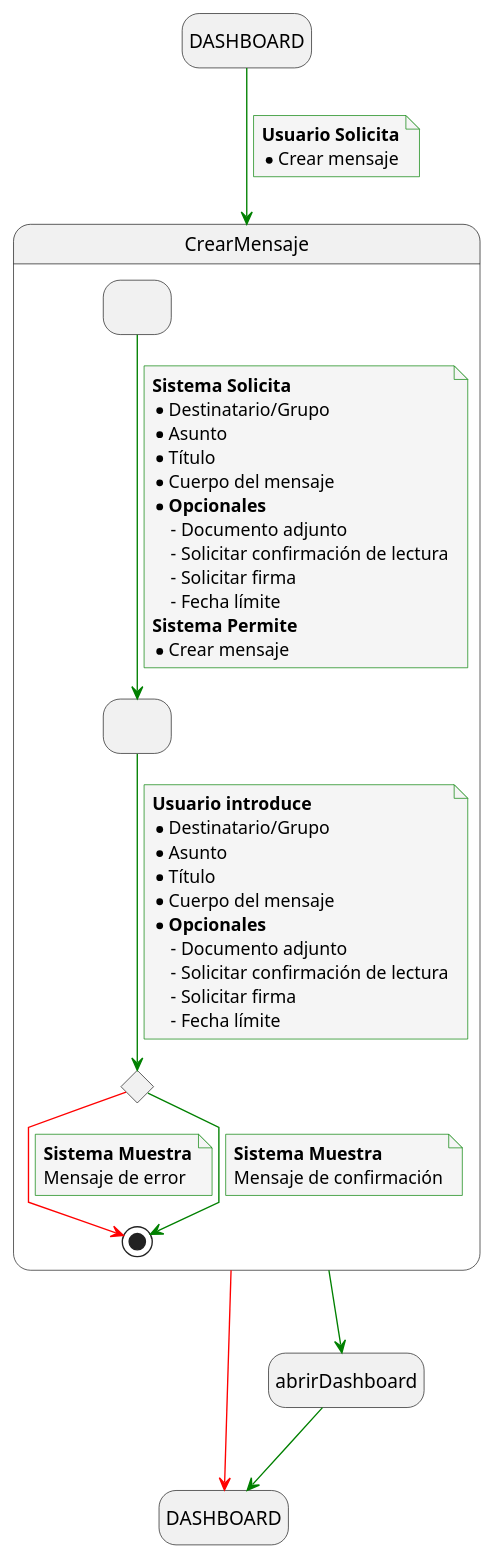
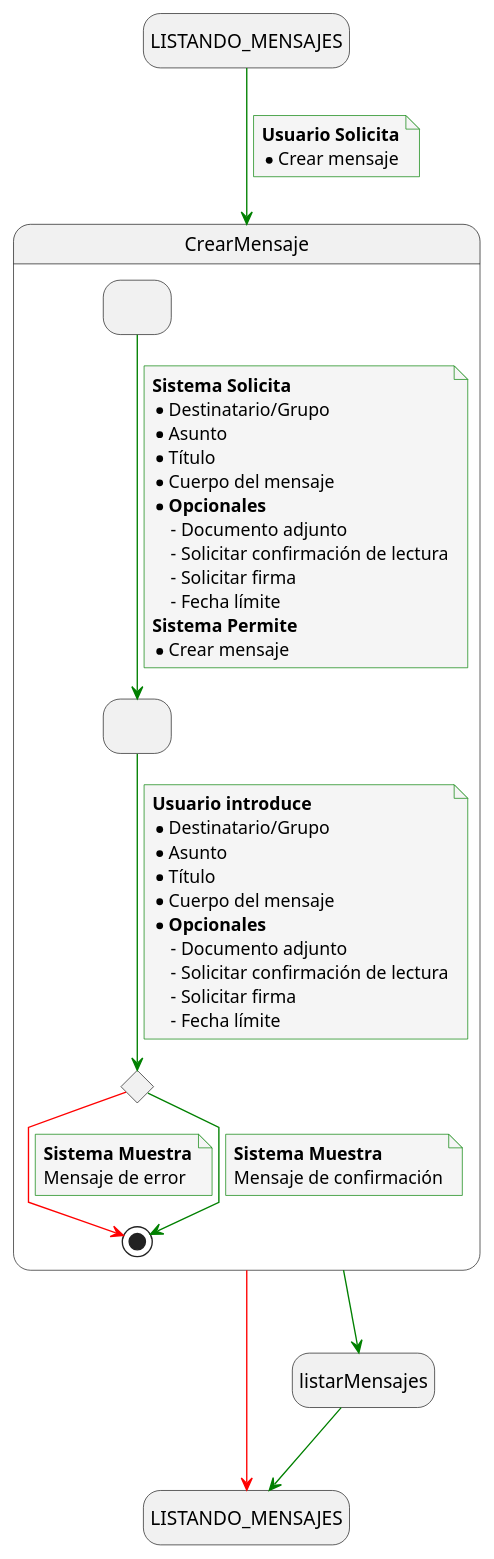
The diagram in docs/casosDeUso/detalladoCasosDeUso/detalladoEnvioMensajes/detalladoCreacionMensaje.puml (mmasias/24-25-IdSw1-SDR), drawn with PlantUML before and after one commit. The commit also changed 13 other files, not shown here.

Commit message:
FIX/ actualizar estados iniciales y finales en diagramas de casos de uso

```diff
--- a/docs/casosDeUso/detalladoCasosDeUso/detalladoEnvioMensajes/detalladoCreacionMensaje.puml
+++ b/docs/casosDeUso/detalladoCasosDeUso/detalladoEnvioMensajes/detalladoCreacionMensaje.puml
@@ -1,73 +1,73 @@
 @startuml crear_mensaje
 
 skinparam {
   NoteBackgroundColor #whiteSmoke
   ArrowColor #green
   NoteBorderColor #green
   linetype polyline
 }
 
 hide empty description
 
-state startState as "DASHBOARD"
-state endState as "DASHBOARD"
+state startState as "LISTANDO_MENSAJES"
+state endState as "LISTANDO_MENSAJES"
 
 startState --> CrearMensaje
 note on link
     <b>Usuario Solicita</b>
     * Crear mensaje
 end note
 
-CrearMensaje --> abrirDashboard
-abrirDashboard --> endState
+CrearMensaje --> listarMensajes
+listarMensajes--> endState
 CrearMensaje -[#red]-> endState
 
 state CrearMensaje{
     state solicitudFiltros as " "
     state envioFiltros as " "
     state revisionFiltrosEnviados <<choice>>
 
     solicitudFiltros --> envioFiltros
     note on link
         <b>Sistema Solicita</b>
         * Destinatario/Grupo
         * Asunto
         * Título
         * Cuerpo del mensaje
         * <b>Opcionales</b>
             - Documento adjunto
             - Solicitar confirmación de lectura
             - Solicitar firma
             - Fecha límite
         <b>Sistema Permite</b>
         * Crear mensaje
     end note
 
     envioFiltros --> revisionFiltrosEnviados
     note on link
         <b>Usuario introduce</b>
         * Destinatario/Grupo
         * Asunto
         * Título
         * Cuerpo del mensaje
         * <b>Opcionales</b>
             - Documento adjunto
             - Solicitar confirmación de lectura
             - Solicitar firma
             - Fecha límite
     end note
 
     revisionFiltrosEnviados -[#red]-> [*]
     note on link
         <b>Sistema Muestra</b>
         Mensaje de error
     end note
 
     revisionFiltrosEnviados --> [*]
     note on link
         <b>Sistema Muestra</b>
         Mensaje de confirmación
     end note
 }
 
 @enduml
```
